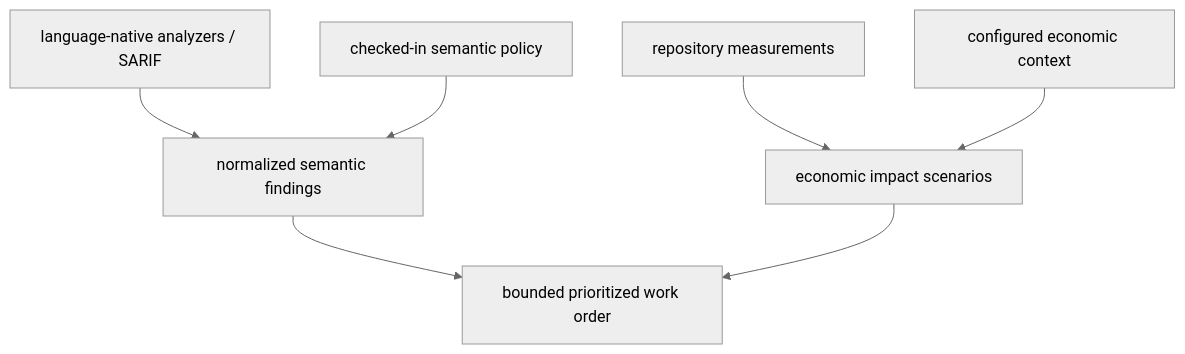
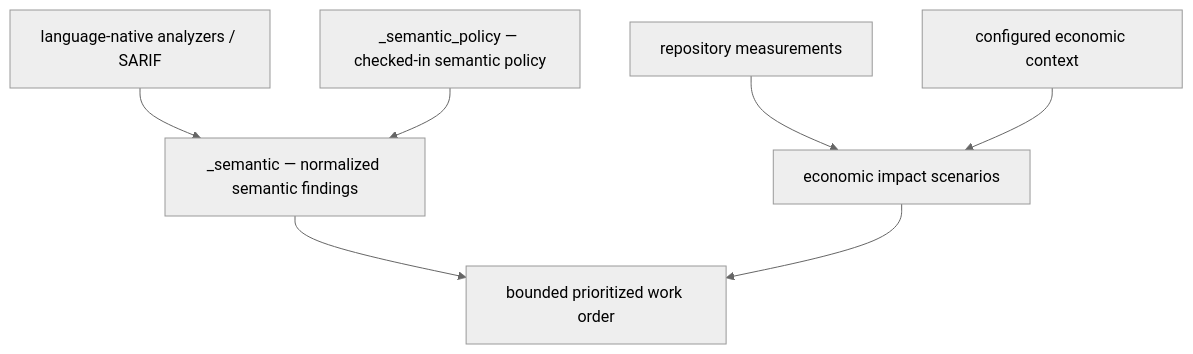
The third of 3 diagrams in docs/architecture.md (marshallguillory86/maintainability-agent), drawn with Mermaid (neutral theme) before and after one commit. The commit also changed other lines of this file and 17 other files, not shown here.

````diff
--- a/docs/architecture.md
+++ b/docs/architecture.md
@@ -304,9 +304,9 @@
 ```mermaid
 flowchart TB
-  analyzers["language-native analyzers / SARIF"] --> semantic["normalized semantic findings"]
-  policy["checked-in semantic policy"] --> semantic
+  analyzers["language-native analyzers / SARIF"] --> semantic["_semantic — normalized semantic findings"]
+  policy["_semantic_policy — checked-in semantic policy"] --> semantic
   measures["repository measurements"] --> economic["economic impact scenarios"]
   context["configured economic context"] --> economic
   semantic --> work["bounded prioritized work order"]
   economic --> work
 ```
````
